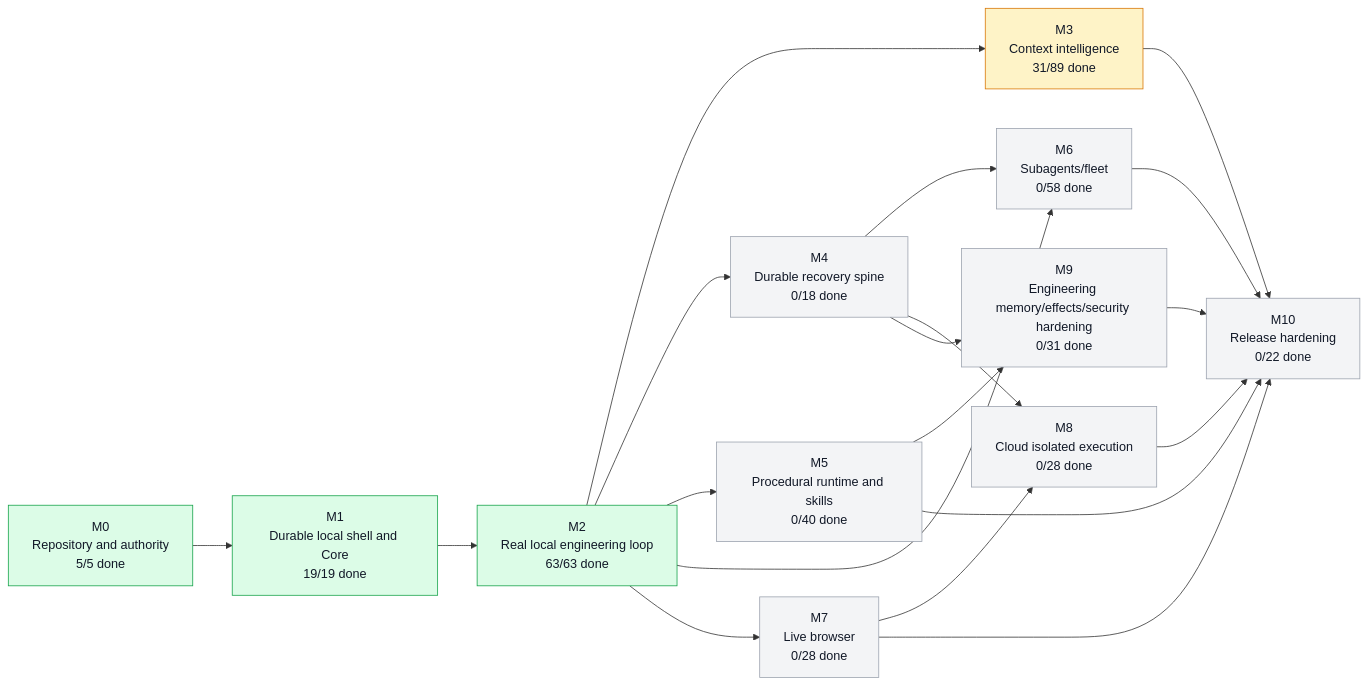
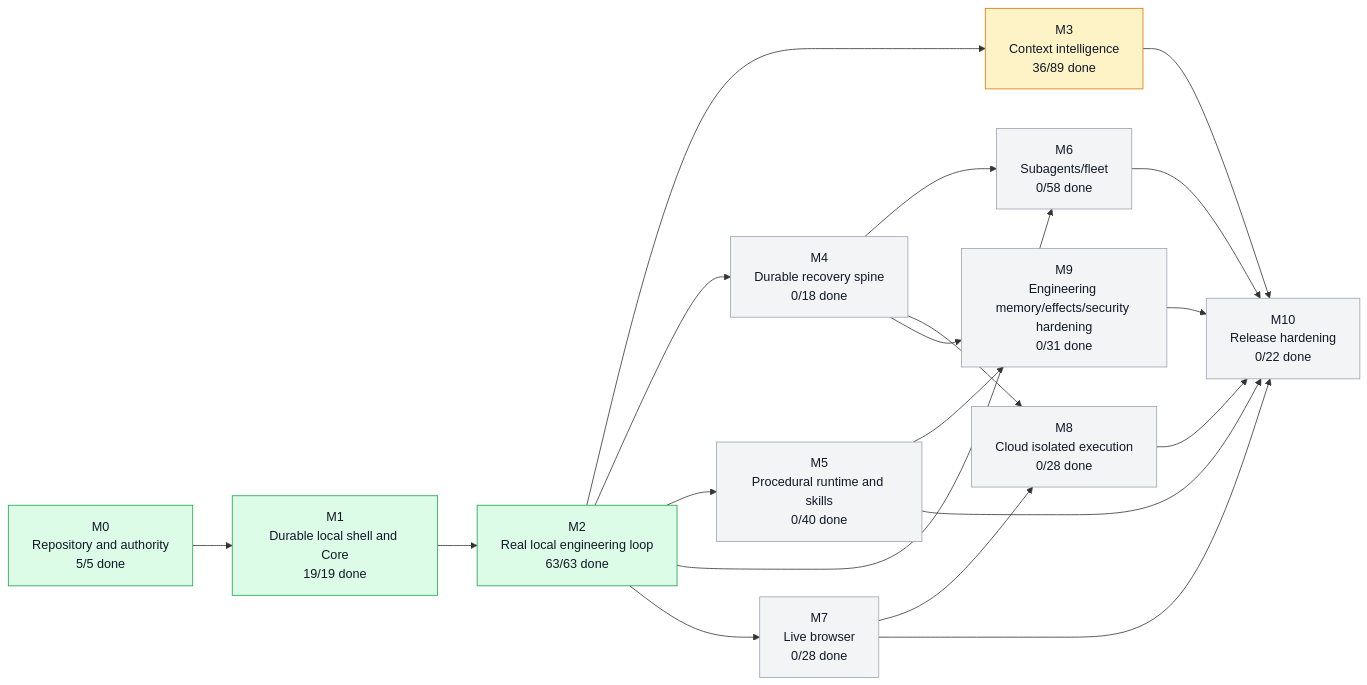
The first of 5 diagrams in graph/PROJECT_GRAPH.md (moss101/modbit), drawn with Mermaid before and after one commit. The commit also changed other lines of this file and 18 other files, not shown here.

````diff
--- a/graph/PROJECT_GRAPH.md
+++ b/graph/PROJECT_GRAPH.md
@@ -57,43 +57,43 @@
 ```mermaid
 flowchart LR
   M0["M0<br/>Repository and authority<br/>5/5 done"]
   M1["M1<br/>Durable local shell and Core<br/>19/19 done"]
   M2["M2<br/>Real local engineering loop<br/>63/63 done"]
-  M3["M3<br/>Context intelligence<br/>31/89 done"]
+  M3["M3<br/>Context intelligence<br/>36/89 done"]
   M4["M4<br/>Durable recovery spine<br/>0/18 done"]
   M5["M5<br/>Procedural runtime and skills<br/>0/40 done"]
   M6["M6<br/>Subagents/fleet<br/>0/58 done"]
   M7["M7<br/>Live browser<br/>0/28 done"]
   M8["M8<br/>Cloud isolated execution<br/>0/28 done"]
   M9["M9<br/>Engineering memory/effects/security hardening<br/>0/31 done"]
   M10["M10<br/>Release hardening<br/>0/22 done"]
   M0 --> M1
   M1 --> M2
   M2 --> M3
   M2 --> M4
   M2 --> M5
   M2 --> M6
   M4 --> M6
   M2 --> M7
   M4 --> M8
   M7 --> M8
   M4 --> M9
   M5 --> M9
   M3 --> M10
   M5 --> M10
   M6 --> M10
   M7 --> M10
   M8 --> M10
   M9 --> M10
   style M0 fill:#dcfce7,stroke:#16a34a,color:#111827
   style M1 fill:#dcfce7,stroke:#16a34a,color:#111827
   style M2 fill:#dcfce7,stroke:#16a34a,color:#111827
   style M3 fill:#fef3c7,stroke:#d97706,color:#111827
   style M4 fill:#f3f4f6,stroke:#9ca3af,color:#111827
   style M5 fill:#f3f4f6,stroke:#9ca3af,color:#111827
   style M6 fill:#f3f4f6,stroke:#9ca3af,color:#111827
   style M7 fill:#f3f4f6,stroke:#9ca3af,color:#111827
   style M8 fill:#f3f4f6,stroke:#9ca3af,color:#111827
   style M9 fill:#f3f4f6,stroke:#9ca3af,color:#111827
   style M10 fill:#f3f4f6,stroke:#9ca3af,color:#111827
 ```
````
